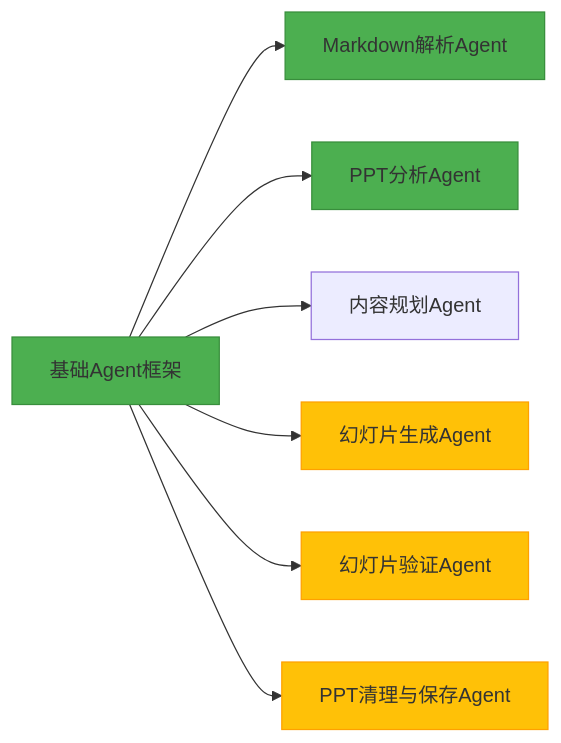
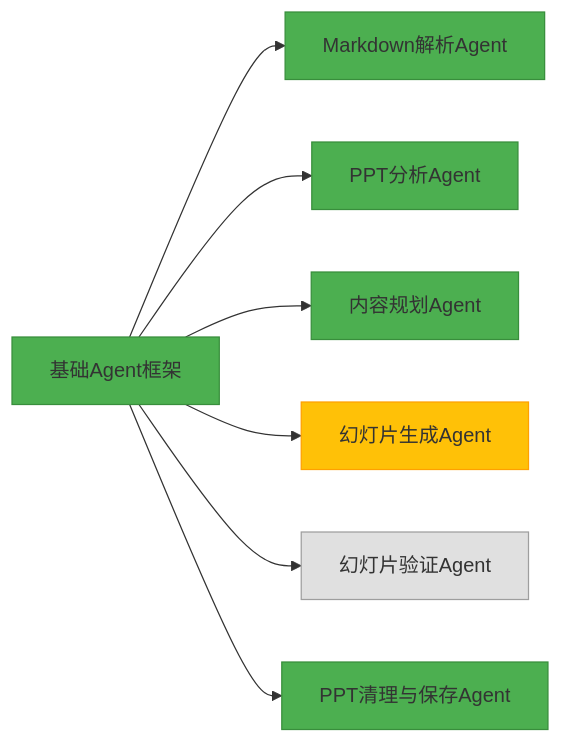
The second of 4 diagrams in docs/plan/开发计划.md (AlanHootman/ppt_assistant), drawn with Mermaid before and after one commit. The commit also changed other lines of this file, not shown here.

````diff
--- a/docs/plan/开发计划.md
+++ b/docs/plan/开发计划.md
@@ -66,16 +66,17 @@
 ```mermaid
 graph LR
     A[基础Agent框架] --> B[Markdown解析Agent]
     A --> C[PPT分析Agent]
     A --> D[内容规划Agent]
     A --> E[幻灯片生成Agent]
     A --> F[幻灯片验证Agent]
     A --> G[PPT清理与保存Agent]
     
     style A fill:#4CAF50,stroke:#388E3C
     style B fill:#4CAF50,stroke:#388E3C
     style C fill:#4CAF50,stroke:#388E3C
+    style D fill:#4CAF50,stroke:#388E3C
     style E fill:#FFC107,stroke:#FFA000
-    style F fill:#FFC107,stroke:#FFA000
-    style G fill:#FFC107,stroke:#FFA000
+    style F fill:#E0E0E0,stroke:#9E9E9E
+    style G fill:#4CAF50,stroke:#388E3C
 ```
````
